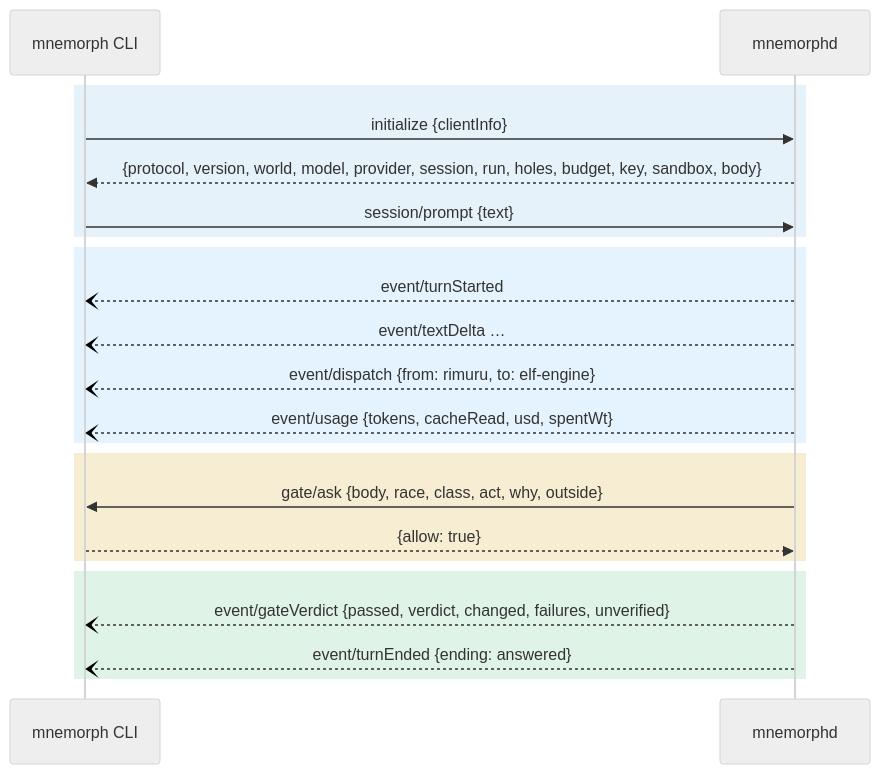
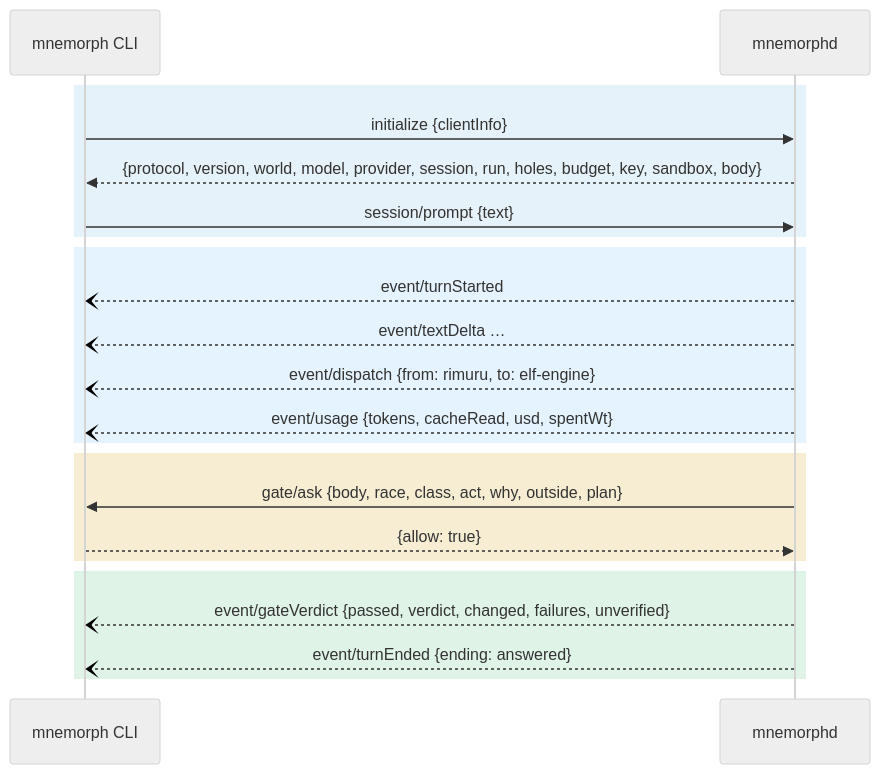
Before and after one commit to Kaginari/mnemorph: the fourth of 4 diagrams in docs/04-communication.md, drawn with Mermaid. The commit also changed other lines of this file and 23 other files, not shown here.

First line of the commit message:
feat(gate): bind an approval to a plan fingerprint, rechecked at the spawn

````diff
--- a/docs/04-communication.md
+++ b/docs/04-communication.md
@@ -320,31 +320,31 @@
 ```mermaid
 ---
 config:
   look: handDrawn
   theme: neutral
   flowchart:
     wrappingWidth: 360
 ---
 sequenceDiagram
     participant CLI as mnemorph CLI
     participant D as mnemorphd
     rect rgba(2,132,199,0.10)
     CLI->>D: initialize {clientInfo}
     D-->>CLI: {protocol, version, world, model, provider, session, run, holes, budget, key, sandbox, body}
     CLI->>D: session/prompt {text}
     end
     rect rgba(63,169,245,0.14)
     D--)CLI: event/turnStarted
     D--)CLI: event/textDelta …
     D--)CLI: event/dispatch {from: rimuru, to: elf-engine}
     D--)CLI: event/usage {tokens, cacheRead, usd, spentWt}
     end
     rect rgba(212,175,55,0.22)
-    D->>CLI: gate/ask {body, race, class, act, why, outside}
+    D->>CLI: gate/ask {body, race, class, act, why, outside, plan}
     CLI-->>D: {allow: true}
     end
     rect rgba(22,163,74,0.13)
     D--)CLI: event/gateVerdict {passed, verdict, changed, failures, unverified}
     D--)CLI: event/turnEnded {ending: answered}
     end
 ```
````
